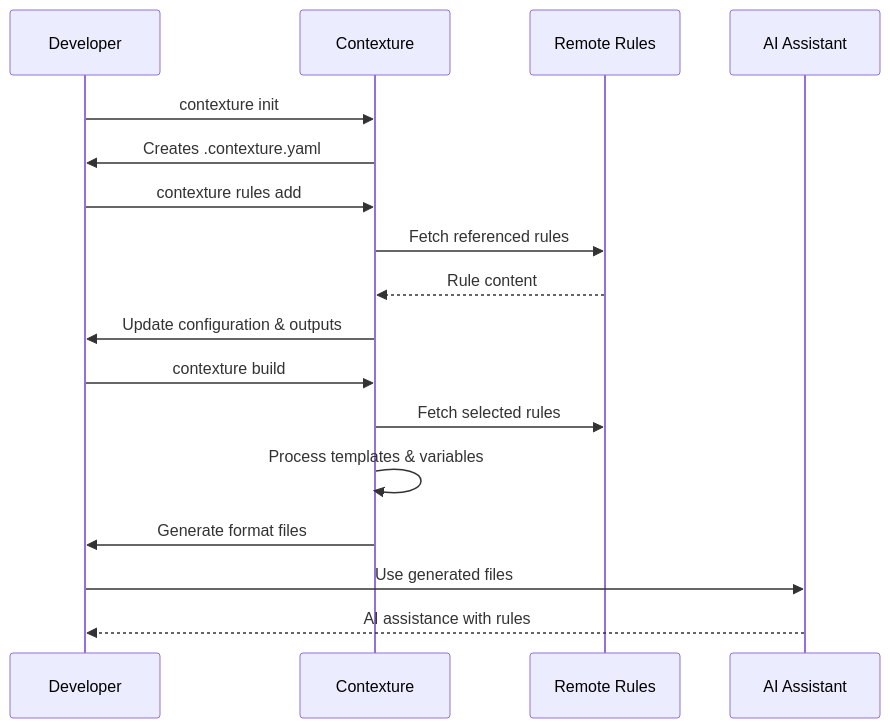
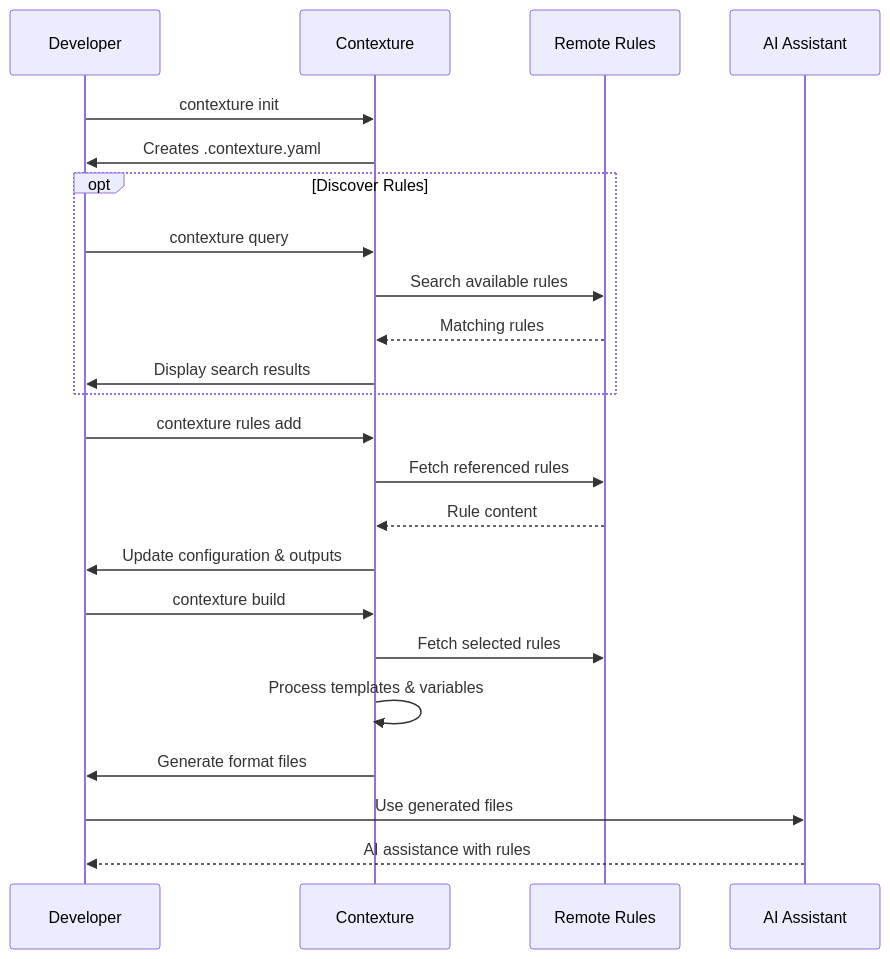
The second of 2 diagrams in docs/core-concepts/overview.md (contextureai/contexture), drawn with Mermaid before and after one commit. The commit also changed other lines of this file and 24 other files, not shown here.

````diff
--- a/docs/core-concepts/overview.md
+++ b/docs/core-concepts/overview.md
@@ -112,23 +112,30 @@
 ```mermaid
 sequenceDiagram
     participant Dev as Developer
     participant CTX as Contexture
     participant Remote as Remote Rules
     participant AI as AI Assistant
 
     Dev->>CTX: contexture init
     CTX->>Dev: Creates .contexture.yaml
+
+    opt Discover Rules
+        Dev->>CTX: contexture query
+        CTX->>Remote: Search available rules
+        Remote-->>CTX: Matching rules
+        CTX->>Dev: Display search results
+    end
 
     Dev->>CTX: contexture rules add
     CTX->>Remote: Fetch referenced rules
     Remote-->>CTX: Rule content
     CTX->>Dev: Update configuration & outputs
 
     Dev->>CTX: contexture build
     CTX->>Remote: Fetch selected rules
     CTX->>CTX: Process templates & variables
     CTX->>Dev: Generate format files
 
     Dev->>AI: Use generated files
     AI-->>Dev: AI assistance with rules
 ```
````
